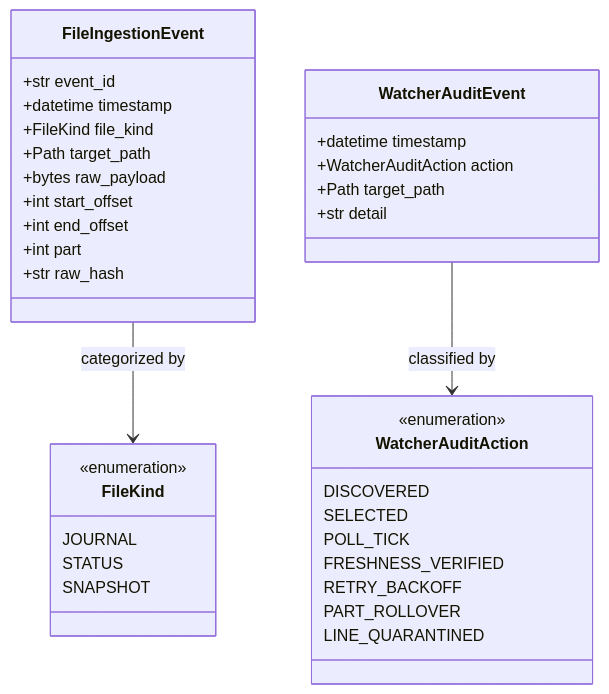
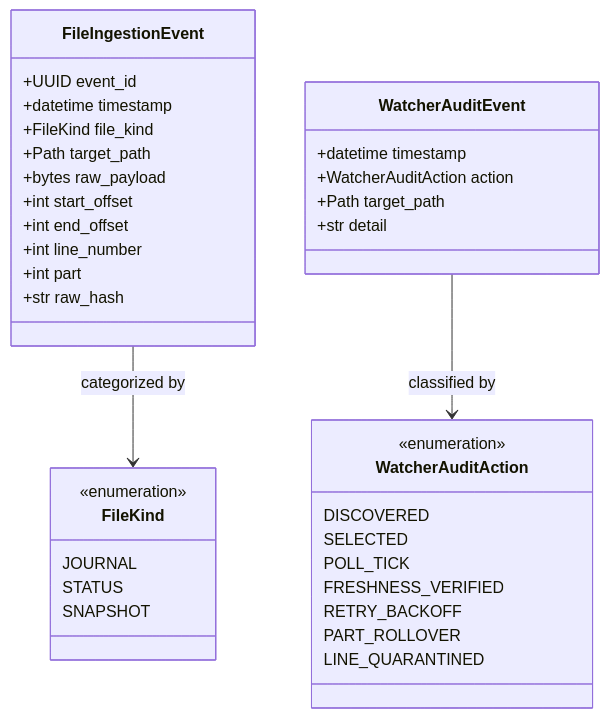
The third of 3 diagrams in architecture/notes/pre_adr_file_presence_freshness_detection.md (mnaatjes/ed-telemetry), drawn with Mermaid before and after one commit. The commit also changed other lines of this file and 4 other files, not shown here.

````diff
--- a/architecture/notes/pre_adr_file_presence_freshness_detection.md
+++ b/architecture/notes/pre_adr_file_presence_freshness_detection.md
@@ -304,42 +304,43 @@
 ```mermaid
 classDiagram
     class FileKind {
         <<enumeration>>
         JOURNAL
         STATUS
         SNAPSHOT
     }
 
     class WatcherAuditAction {
         <<enumeration>>
         DISCOVERED
         SELECTED
         POLL_TICK
         FRESHNESS_VERIFIED
         RETRY_BACKOFF
         PART_ROLLOVER
         LINE_QUARANTINED
     }
 
     class FileIngestionEvent {
-        +str event_id
+        +UUID event_id
         +datetime timestamp
         +FileKind file_kind
         +Path target_path
         +bytes raw_payload
         +int start_offset
         +int end_offset
+        +int line_number
         +int part
         +str raw_hash
     }
 
     class WatcherAuditEvent {
         +datetime timestamp
         +WatcherAuditAction action
         +Path target_path
         +str detail
     }
 
     FileIngestionEvent --> FileKind : categorized by
     WatcherAuditEvent --> WatcherAuditAction : classified by
 ```
````
